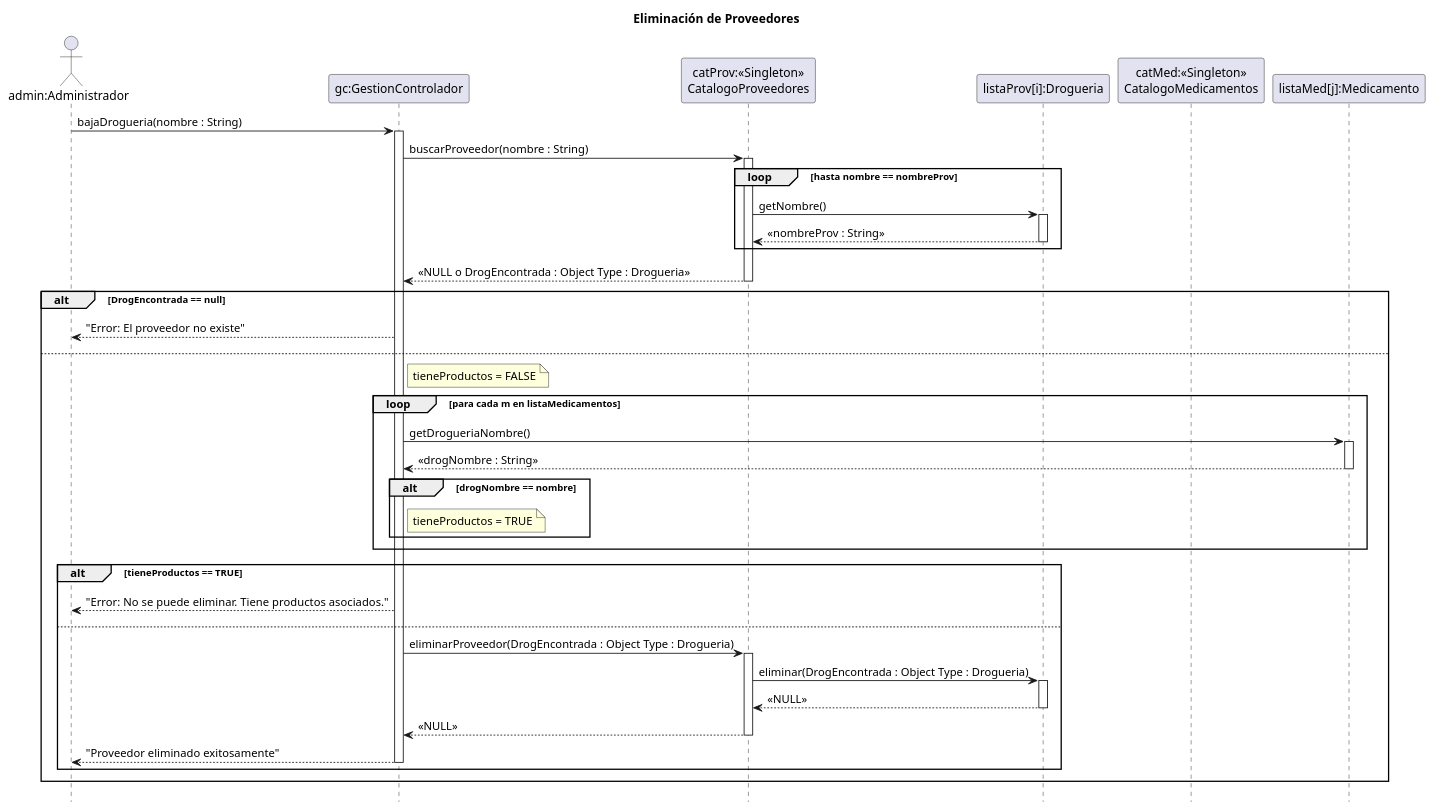
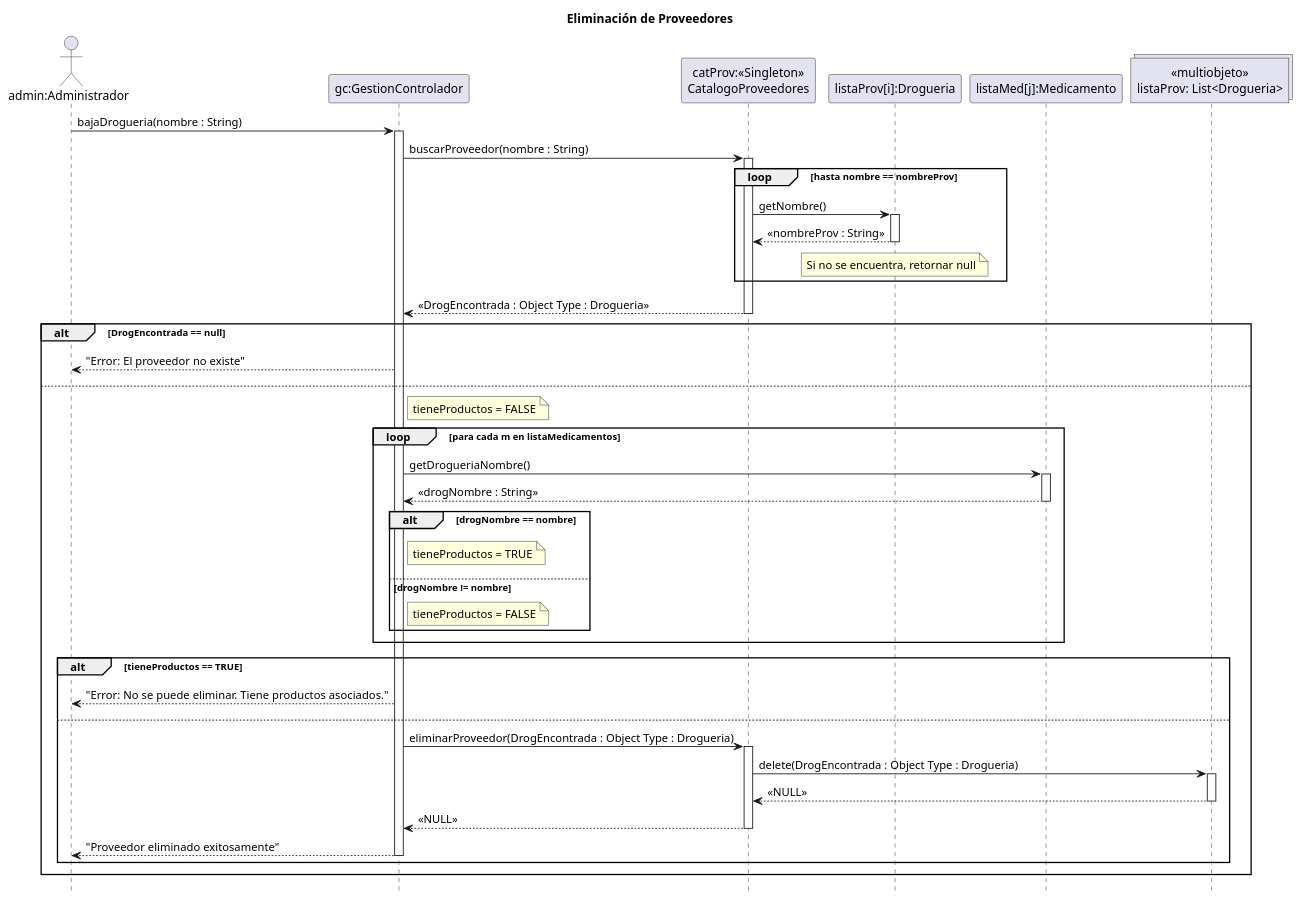
One commit to zEzequR/PF-I changed the diagram in 08 - Diagramas de Secuencia de Diseño/EliminaciondeProveedor/EliminacionProveedores.puml. Above: the diagram before and after it, drawn with PlantUML. The commit also changed 18 other files, not shown here.

```diff
--- a/08 - Diagramas de Secuencia de Diseño/EliminaciondeProveedor/EliminacionProveedores.puml
+++ b/08 - Diagramas de Secuencia de Diseño/EliminaciondeProveedor/EliminacionProveedores.puml
@@ -1,76 +1,81 @@
 @startuml
 !pragma teoz true
 hide footbox
 title Eliminación de Proveedores
 
 actor "admin:Administrador" as admin
 participant "gc:GestionControlador" as gc
 participant "catProv:<<Singleton>>\nCatalogoProveedores" as catProv
 participant "listaProv[i]:Drogueria" as arrayProv
-participant "catMed:<<Singleton>>\nCatalogoMedicamentos" as catMed
 participant "listaMed[j]:Medicamento" as arrayMed
+collections "«multiobjeto»\nlistaProv: List<Drogueria>" as lista_drog
 
 ' =================================================================
 ' INICIO
 ' =================================================================
 admin -> gc : bajaDrogueria(nombre : String)
 activate gc
 
 ' -----------------------------------------------------------------
 ' PASO 1: BUSCAR EL PROVEEDOR
 ' -----------------------------------------------------------------
 gc -> catProv : buscarProveedor(nombre : String)
 activate catProv
 
 loop hasta nombre == nombreProv
     catProv -> arrayProv : getNombre()
     activate arrayProv
     arrayProv --> catProv : <<nombreProv : String>>
     deactivate arrayProv
+    note over of arrayProv: Si no se encuentra, retornar null
 end
 
-catProv --> gc : <<NULL o DrogEncontrada : Object Type : Drogueria>>
+catProv --> gc : <<DrogEncontrada : Object Type : Drogueria>>
 
 deactivate catProv
 
 ' -----------------------------------------------------------------
 ' PASO 2: VERIFICAR PRODUCTOS ASOCIADOS
 ' -----------------------------------------------------------------
 alt DrogEncontrada == null
     gc --> admin : "Error: El proveedor no existe"
 else
     note right of gc
         tieneProductos = FALSE
     end note
     loop para cada m en listaMedicamentos
         gc -> arrayMed : getDrogueriaNombre()
         activate arrayMed
         arrayMed --> gc : <<drogNombre : String>>
         deactivate arrayMed
         alt drogNombre == nombre
             note right of gc
                 tieneProductos = TRUE
             end note
+        else drogNombre != nombre
+            note right of gc
+                tieneProductos = FALSE
+            end note
         end
     end
 
 ' -----------------------------------------------------------------
 ' PASO 3: DECISIÓN FINAL Y ELIMINACIÓN
 ' -----------------------------------------------------------------
     
     alt tieneProductos == TRUE
         gc --> admin : "Error: No se puede eliminar. Tiene productos asociados."
     else
         gc -> catProv : eliminarProveedor(DrogEncontrada : Object Type : Drogueria)
         activate catProv
-        catProv -> arrayProv : eliminar(DrogEncontrada : Object Type : Drogueria)
-        activate arrayProv
-        arrayProv --> catProv : <<NULL>>
-        deactivate arrayProv
+        catProv -> lista_drog : delete(DrogEncontrada : Object Type : Drogueria)
+        activate lista_drog
+        lista_drog --> catProv : <<NULL>>
+        deactivate lista_drog
         catProv --> gc : <<NULL>>
         deactivate catProv
         gc --> admin : "Proveedor eliminado exitosamente"
         deactivate gc
     end
 end
 @enduml
```
